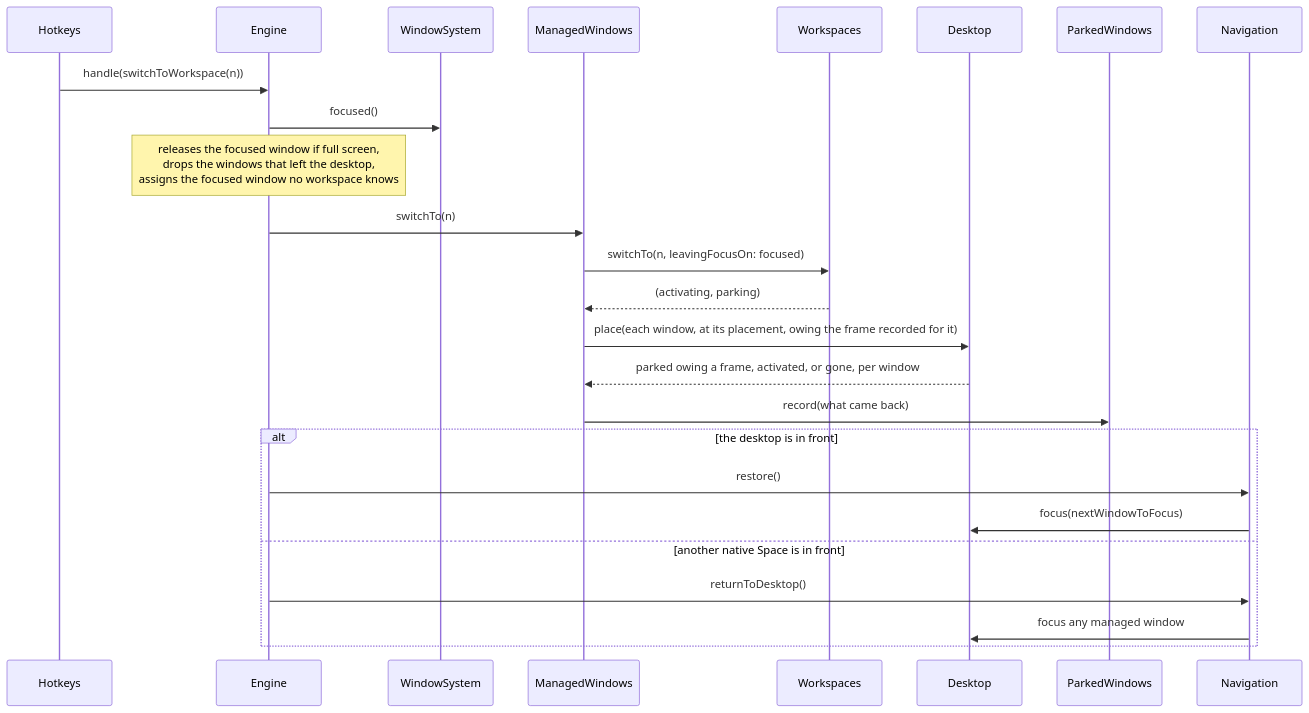
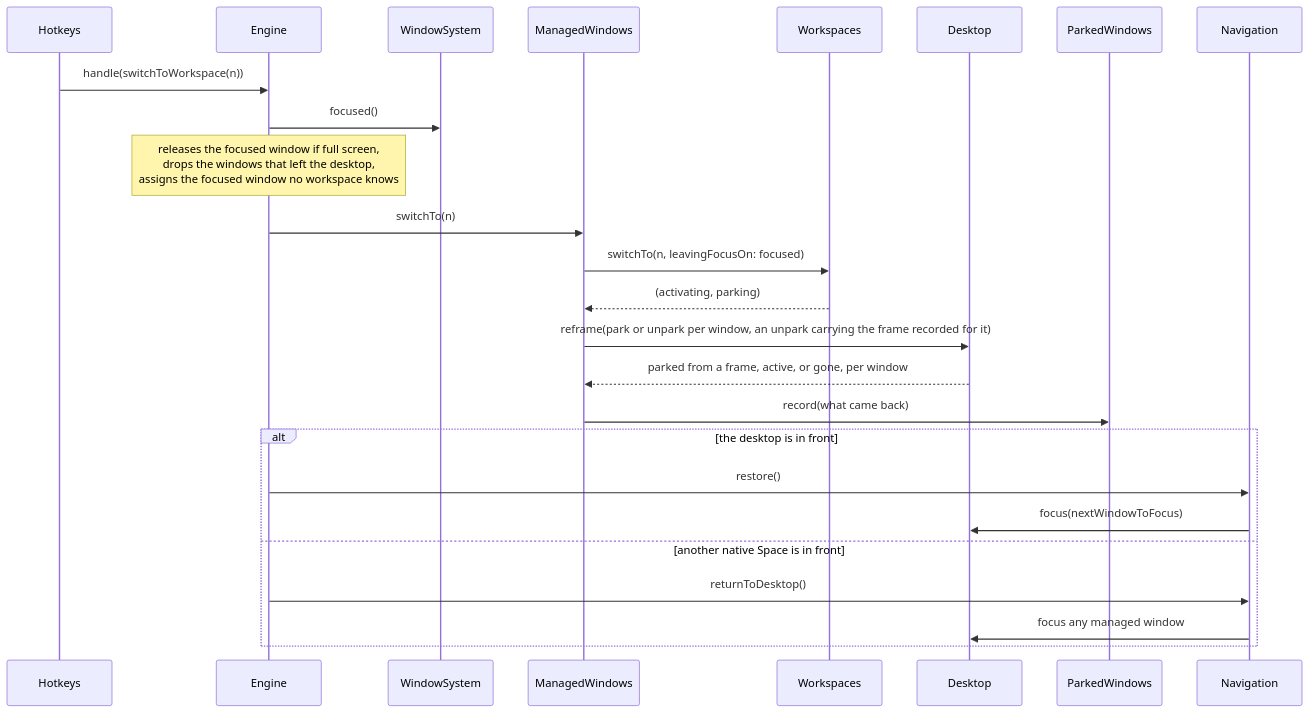
Before and after one commit to brennovich/ottowm: the eighth of 18 diagrams in ARCHITECTURE.md, drawn with Mermaid. The commit also changed other lines of this file and 27 other files, not shown here.

First line of the commit message:
Remove place in favor of reframe

````diff
--- a/ARCHITECTURE.md
+++ b/ARCHITECTURE.md
@@ -224,19 +223,19 @@
 ```mermaid
 sequenceDiagram
     Hotkeys->>Engine: handle(switchToWorkspace(n))
     Engine->>WindowSystem: focused()
     Note over Engine: releases the focused window if full screen,<br/>drops the windows that left the desktop,<br/>assigns the focused window no workspace knows
     Engine->>ManagedWindows: switchTo(n)
     ManagedWindows->>Workspaces: switchTo(n, leavingFocusOn: focused)
     Workspaces-->>ManagedWindows: (activating, parking)
-    ManagedWindows->>Desktop: place(each window, at its placement, owing the frame recorded for it)
-    Desktop-->>ManagedWindows: parked owing a frame, activated, or gone, per window
+    ManagedWindows->>Desktop: reframe(park or unpark per window, an unpark carrying the frame recorded for it)
+    Desktop-->>ManagedWindows: parked from a frame, active, or gone, per window
     ManagedWindows->>ParkedWindows: record(what came back)
     alt the desktop is in front
         Engine->>Navigation: restore()
         Navigation->>Desktop: focus(nextWindowToFocus)
     else another native Space is in front
         Engine->>Navigation: returnToDesktop()
         Navigation->>Desktop: focus any managed window
     end
 ```
````
